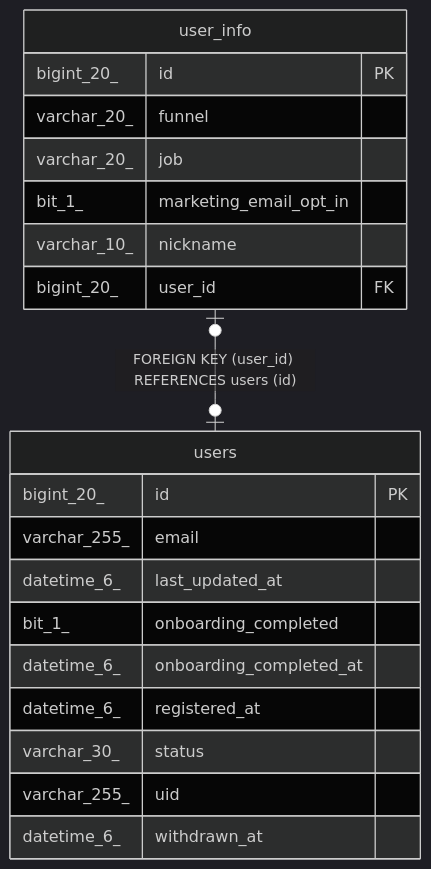
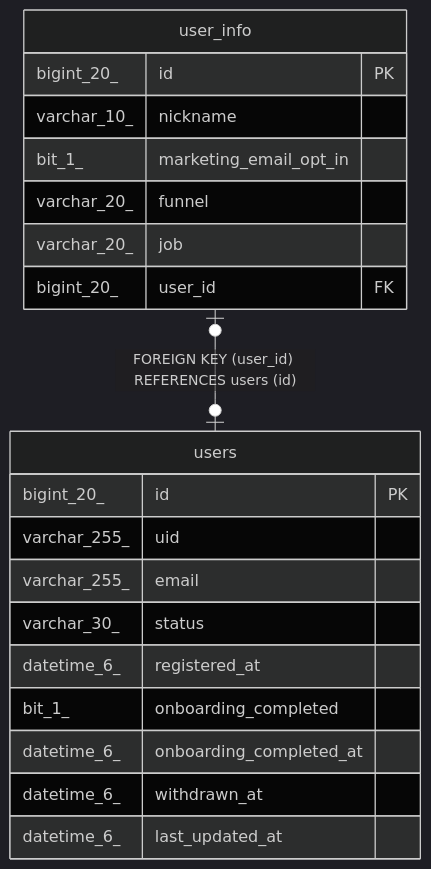
One commit to makevook/vook-server changed the diagram in docs/schema/user_info.md. Above: the diagram before and after it, drawn with Mermaid (dark theme). The commit also changed other lines of this file and 11 other files, not shown here.

````diff
--- a/docs/schema/user_info.md
+++ b/docs/schema/user_info.md
@@ -52,25 +54,25 @@
 ```mermaid
 erDiagram
 
 "user_info" |o--o| "users" : "FOREIGN KEY (user_id) REFERENCES users (id)"
 
 "user_info" {
   bigint_20_ id PK
+  varchar_10_ nickname
+  bit_1_ marketing_email_opt_in
   varchar_20_ funnel
   varchar_20_ job
-  bit_1_ marketing_email_opt_in
-  varchar_10_ nickname
   bigint_20_ user_id FK
 }
 "users" {
   bigint_20_ id PK
+  varchar_255_ uid
   varchar_255_ email
-  datetime_6_ last_updated_at
+  varchar_30_ status
+  datetime_6_ registered_at
   bit_1_ onboarding_completed
   datetime_6_ onboarding_completed_at
-  datetime_6_ registered_at
-  varchar_30_ status
-  varchar_255_ uid
   datetime_6_ withdrawn_at
+  datetime_6_ last_updated_at
 }
 ```
````
